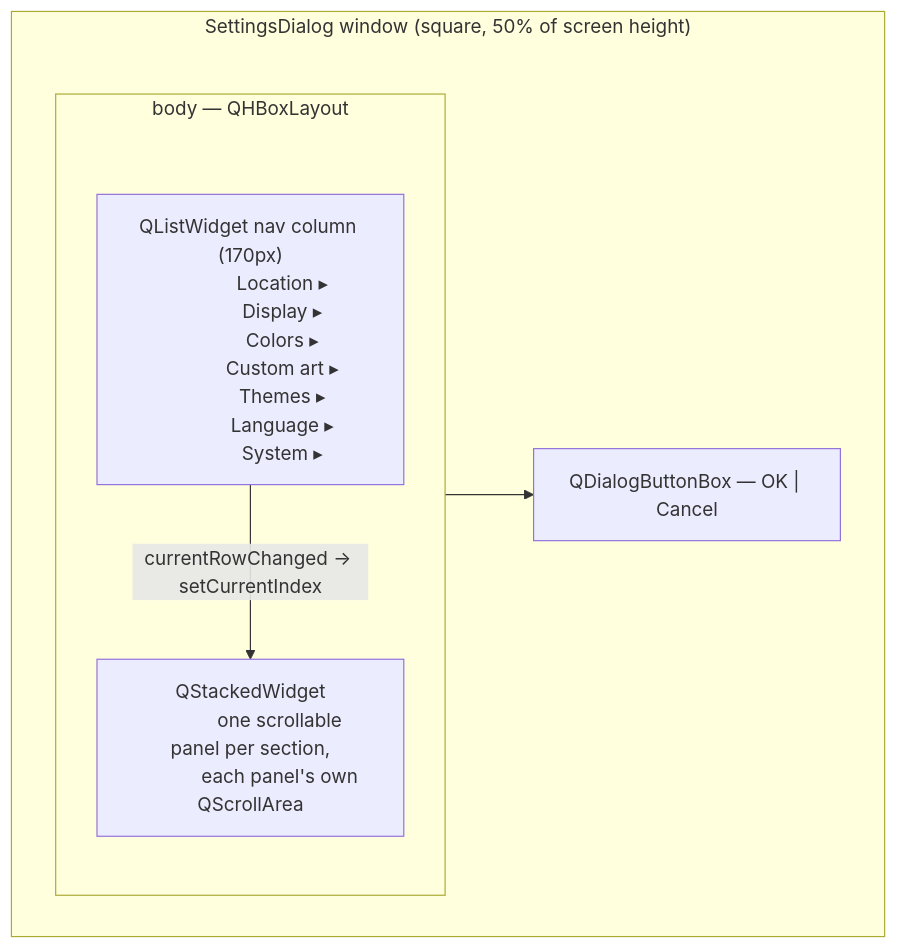
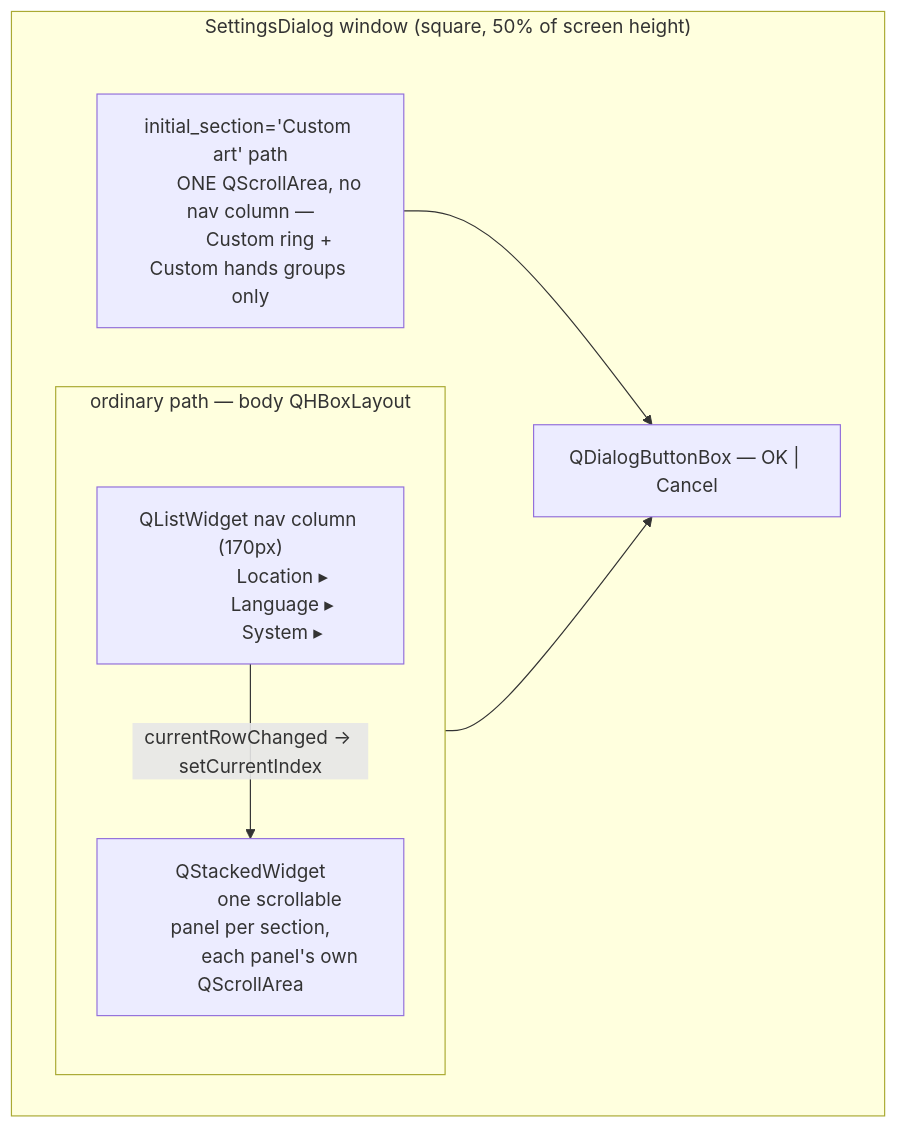
The diagram in app/settings_dialog/__flow/dialog.md (UVuruna/Watch-Academy), drawn with Mermaid before and after one commit. The commit also changed other lines of this file and 40 other files, not shown here.

````diff
--- a/app/settings_dialog/__flow/dialog.md
+++ b/app/settings_dialog/__flow/dialog.md
@@ -7,22 +7,22 @@
 ```mermaid
 %%{init: {'flowchart': {'subGraphTitleMargin': {'top': 0, 'bottom': 35}}}}%%
 flowchart TB
     subgraph SHELL["SettingsDialog window (square, 50% of screen height)"]
-        subgraph BODY["body — QHBoxLayout"]
+        subgraph BODY["ordinary path — body QHBoxLayout"]
             NAV["QListWidget nav column (170px)
             Location ▸
-            Display ▸
-            Colors ▸
-            Custom art ▸
-            Themes ▸
             Language ▸
             System ▸"]
             STACK["QStackedWidget
             one scrollable panel per section,
             each panel's own QScrollArea"]
         end
+        HIDDEN["initial_section='Custom art' path
+        ONE QScrollArea, no nav column —
+        Custom ring + Custom hands groups only"]
         BUTTONS["QDialogButtonBox — OK | Cancel"]
     end
     NAV -- "currentRowChanged → setCurrentIndex" --> STACK
     BODY --> BUTTONS
+    HIDDEN --> BUTTONS
 ```
````
